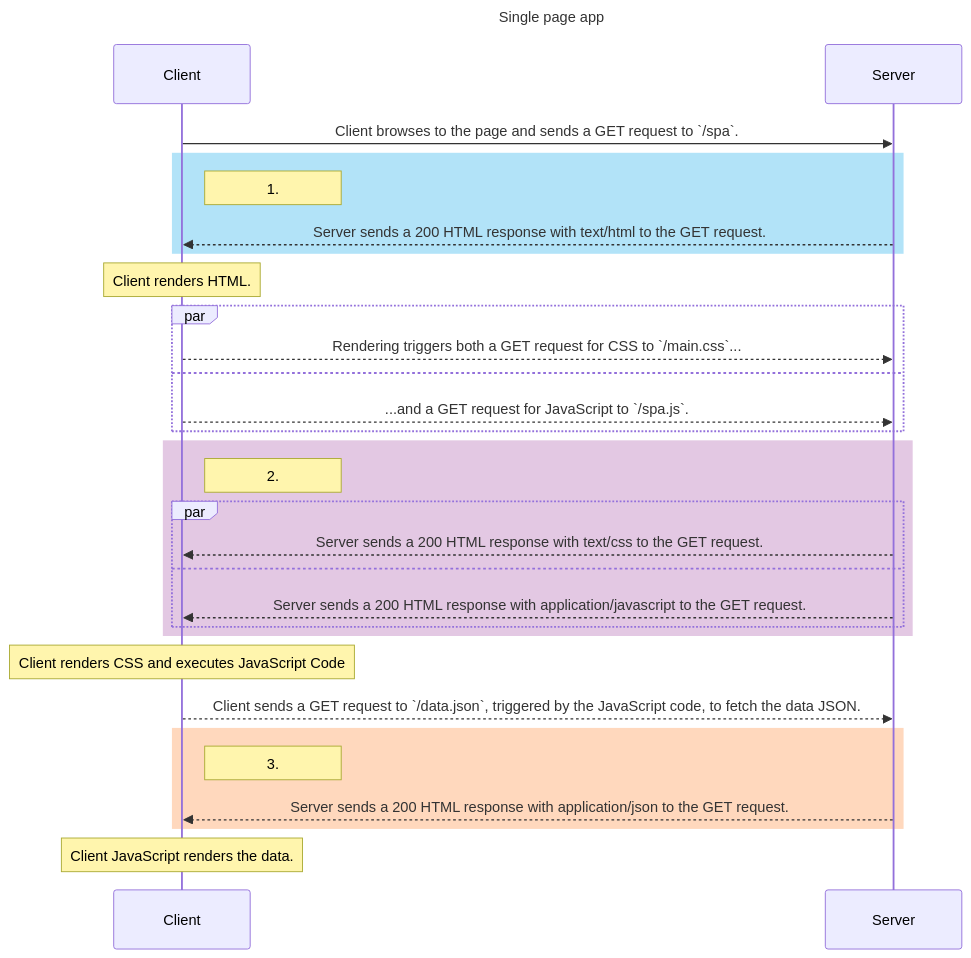
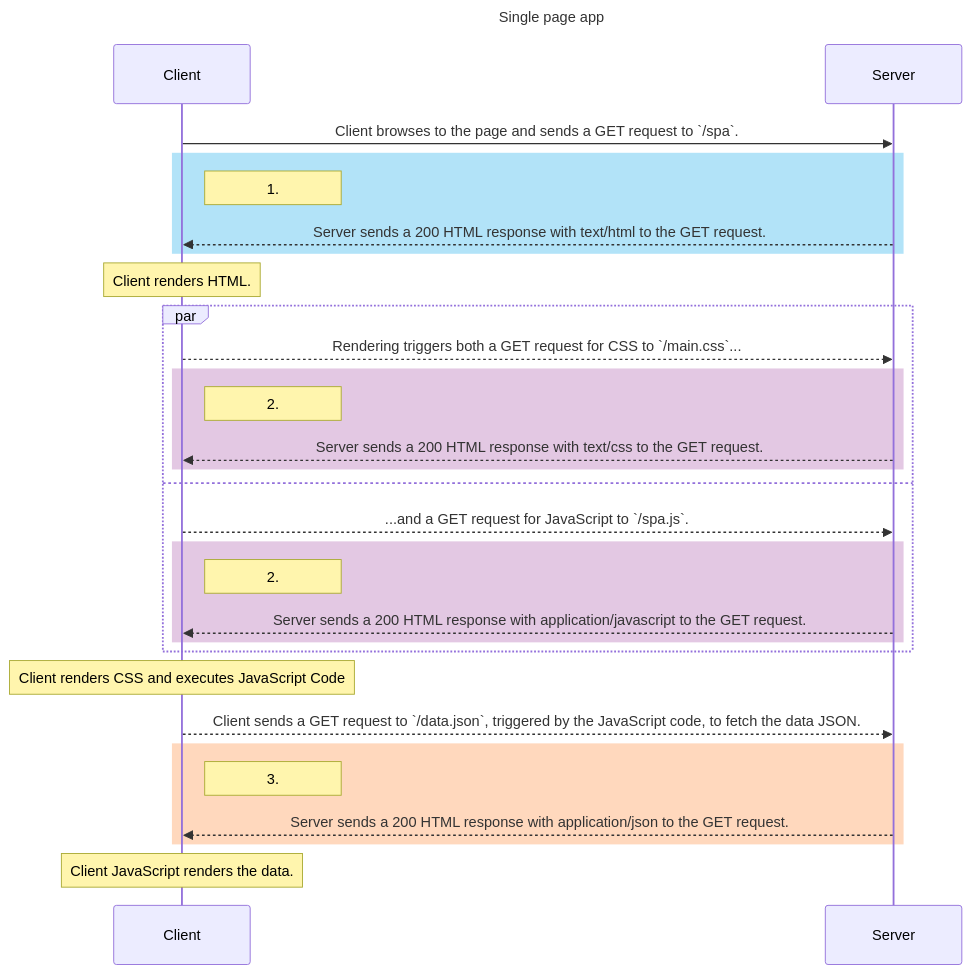
The diagram in spa_diagram.md (degenone/FSO-part0), drawn with Mermaid before and after one commit. The commit also changed 2 other files, not shown here.

Commit message:
final touchups to diagrams

````diff
--- a/spa_diagram.md
+++ b/spa_diagram.md
@@ -8,34 +8,34 @@
 ```mermaid
 ---
 title: Single page app
 ---
 sequenceDiagram
     participant Client
     participant Server
     Client->>Server: Client browses to the page and sends a GET request to `/spa`.
     rect rgba(0, 162, 232, 0.3)
     note right of Client: 1.
     Server-->>Client: Server sends a 200 HTML response with text/html to the GET request.
     end
     note over Client: Client renders HTML.
     par
     Client-->>Server: Rendering triggers both a GET request for CSS to `/main.css`...
+    rect rgba(163, 73, 164, 0.3)
+    note right of Client: 2.
+    Server-->>Client: Server sends a 200 HTML response with text/css to the GET request.
+    end
     and
     Client-->>Server: ...and a GET request for JavaScript to `/spa.js`.
-    end
     rect rgba(163, 73, 164, 0.3)
     note right of Client: 2.
-    par
-    Server-->>Client: Server sends a 200 HTML response with text/css to the GET request.
-    and
     Server-->>Client: Server sends a 200 HTML response with application/javascript to the GET request.
     end
     end
     note over Client: Client renders CSS and executes JavaScript Code
     Client-->>Server: Client sends a GET request to `/data.json`, triggered by the JavaScript code, to fetch the data JSON.
     rect rgba(255, 127, 39, 0.3)
     note right of Client: 3.
     Server-->>Client: Server sends a 200 HTML response with application/json to the GET request.
     end
     note over Client: Client JavaScript renders the data.
 ```
````
